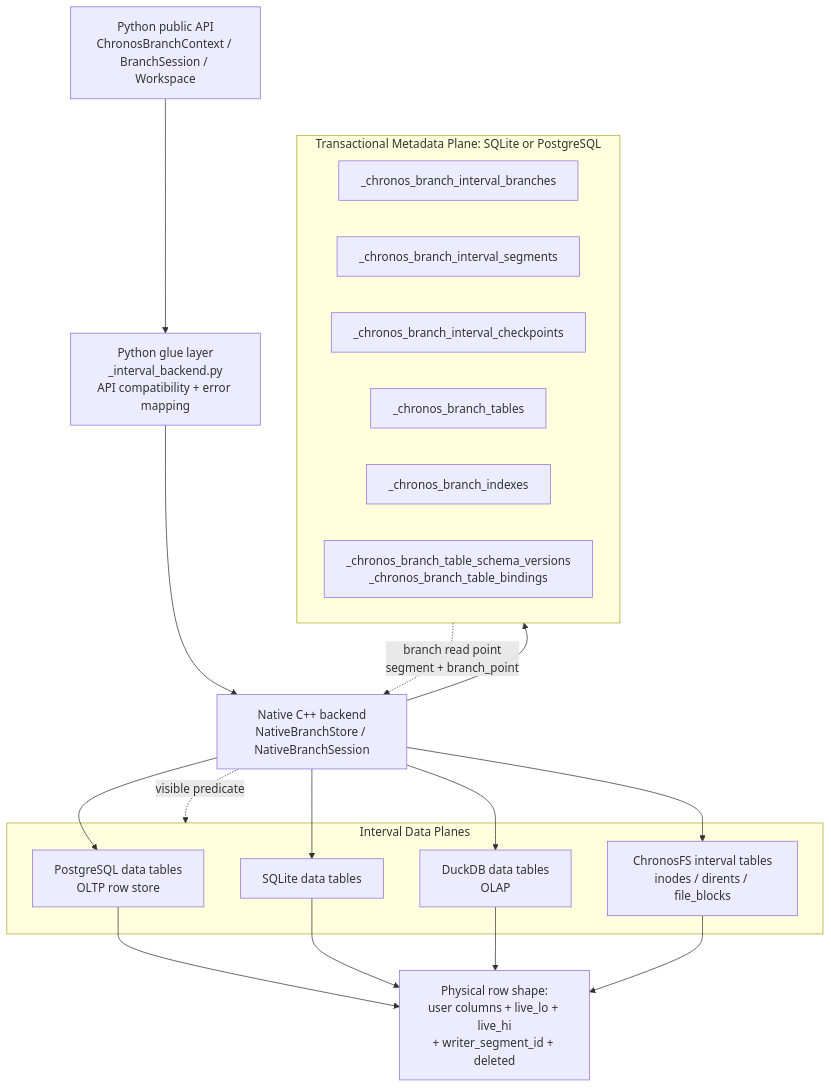
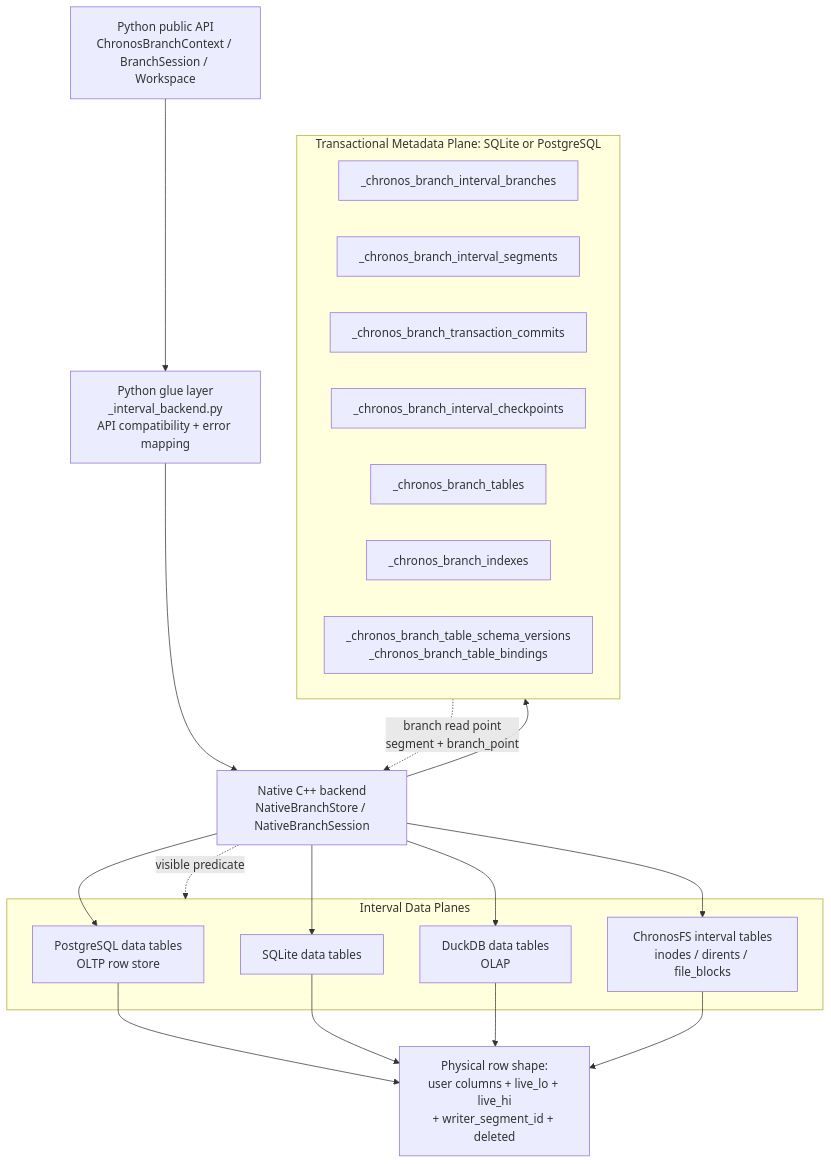
One commit to mitdbg/chronos changed the diagram in docs/diagrams/interval-architecture-overview.mmd. Above: the diagram before and after it, drawn with Mermaid. The commit also changed 35 other files, not shown here.

First line of the commit message:
feat: add native multi-store branch commits

```diff
--- a/docs/diagrams/interval-architecture-overview.mmd
+++ b/docs/diagrams/interval-architecture-overview.mmd
@@ -1,37 +1,38 @@
 flowchart TB
   API["Python public API<br/>ChronosBranchContext / BranchSession / Workspace"]
   Glue["Python glue layer<br/>_interval_backend.py<br/>API compatibility + error mapping"]
   Native["Native C++ backend<br/>NativeBranchStore / NativeBranchSession"]
 
   API --> Glue --> Native
 
   subgraph Metadata["Transactional Metadata Plane: SQLite or PostgreSQL"]
     Branches["_chronos_branch_interval_branches"]
     Segments["_chronos_branch_interval_segments"]
+    Commits["_chronos_branch_transaction_commits"]
     Checkpoints["_chronos_branch_interval_checkpoints"]
     Tables["_chronos_branch_tables"]
     Indexes["_chronos_branch_indexes"]
     Schema["_chronos_branch_table_schema_versions<br/>_chronos_branch_table_bindings"]
   end
 
   subgraph Data["Interval Data Planes"]
     PGData["PostgreSQL data tables<br/>OLTP row store"]
     SQLiteData["SQLite data tables"]
     DuckData["DuckDB data tables<br/>OLAP"]
     FSData["ChronosFS interval tables<br/>inodes / dirents / file_blocks"]
   end
 
   Native --> Metadata
   Native --> PGData
   Native --> SQLiteData
   Native --> DuckData
   Native --> FSData
 
   Metadata -. "branch read point<br/>segment + branch_point" .-> Native
   Native -. "visible predicate" .-> Data
 
   DataNote["Physical row shape:<br/>user columns + live_lo + live_hi<br/>+ writer_segment_id + deleted"]
   PGData --> DataNote
   SQLiteData --> DataNote
   DuckData --> DataNote
   FSData --> DataNote
```
